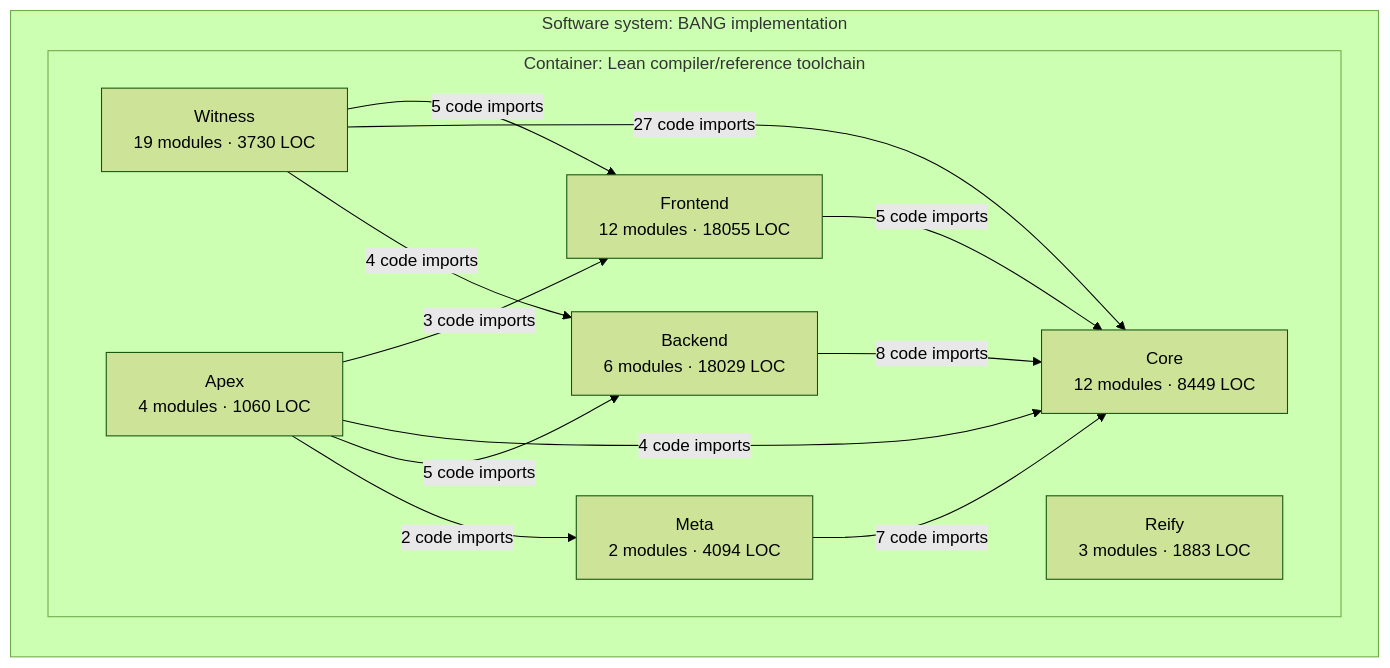
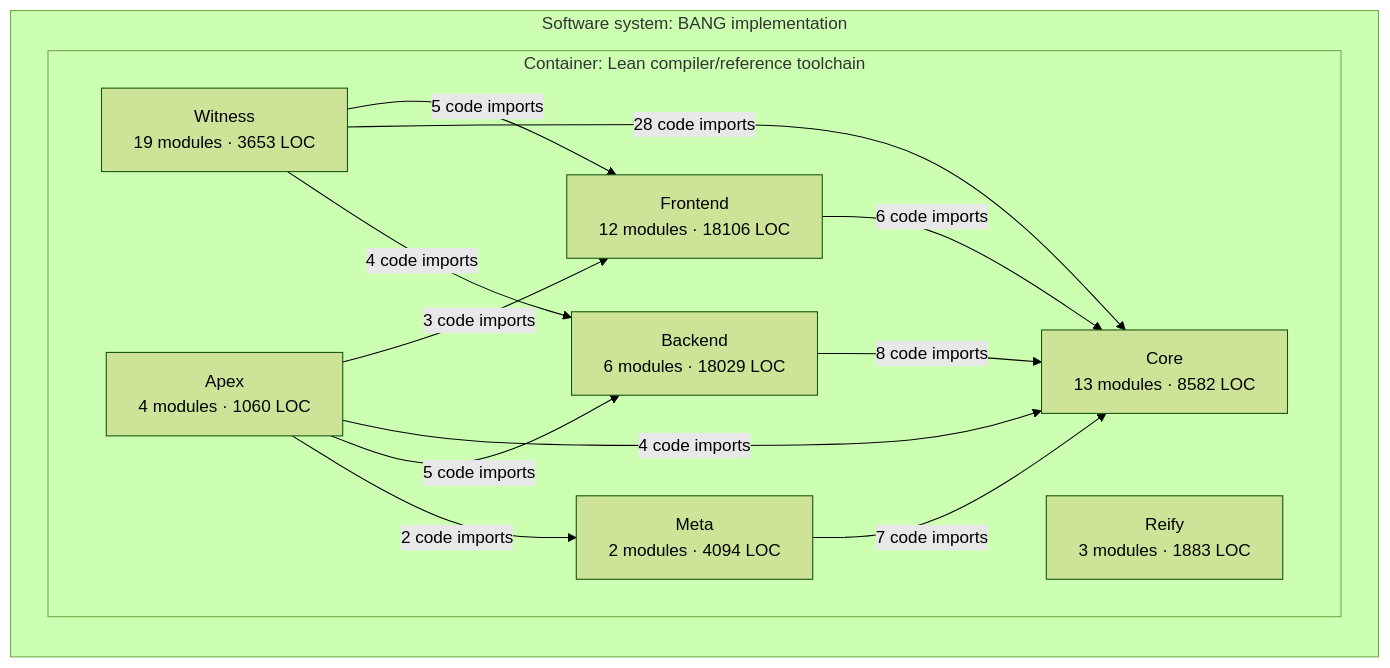
One commit to phibkro/bang changed the third of 3 diagrams in docs/architecture/core-overview.md. Above: the diagram before and after it, drawn with Mermaid (forest theme). The commit also changed other lines of this file and 18 other files, not shown here.

````diff
--- a/docs/architecture/core-overview.md
+++ b/docs/architecture/core-overview.md
@@ -160,24 +160,24 @@
 ```mermaid
 flowchart LR
   subgraph system_BANG["Software system: BANG implementation"]
     subgraph container_Lean_toolchain["Container: Lean compiler/reference toolchain"]
-      component_Frontend["Frontend<br/>12 modules · 18055 LOC"]
-      component_Core["Core<br/>12 modules · 8449 LOC"]
+      component_Frontend["Frontend<br/>12 modules · 18106 LOC"]
+      component_Core["Core<br/>13 modules · 8582 LOC"]
       component_Backend["Backend<br/>6 modules · 18029 LOC"]
       component_Meta["Meta<br/>2 modules · 4094 LOC"]
-      component_Witness["Witness<br/>19 modules · 3730 LOC"]
+      component_Witness["Witness<br/>19 modules · 3653 LOC"]
       component_Reify["Reify<br/>3 modules · 1883 LOC"]
       component_Apex["Apex<br/>4 modules · 1060 LOC"]
     end
   end
-  component_Frontend -->|5 code imports| component_Core
+  component_Frontend -->|6 code imports| component_Core
   component_Backend -->|8 code imports| component_Core
   component_Meta -->|7 code imports| component_Core
   component_Witness -->|5 code imports| component_Frontend
-  component_Witness -->|27 code imports| component_Core
+  component_Witness -->|28 code imports| component_Core
   component_Witness -->|4 code imports| component_Backend
   component_Apex -->|3 code imports| component_Frontend
   component_Apex -->|4 code imports| component_Core
   component_Apex -->|5 code imports| component_Backend
   component_Apex -->|2 code imports| component_Meta
 ```
````
